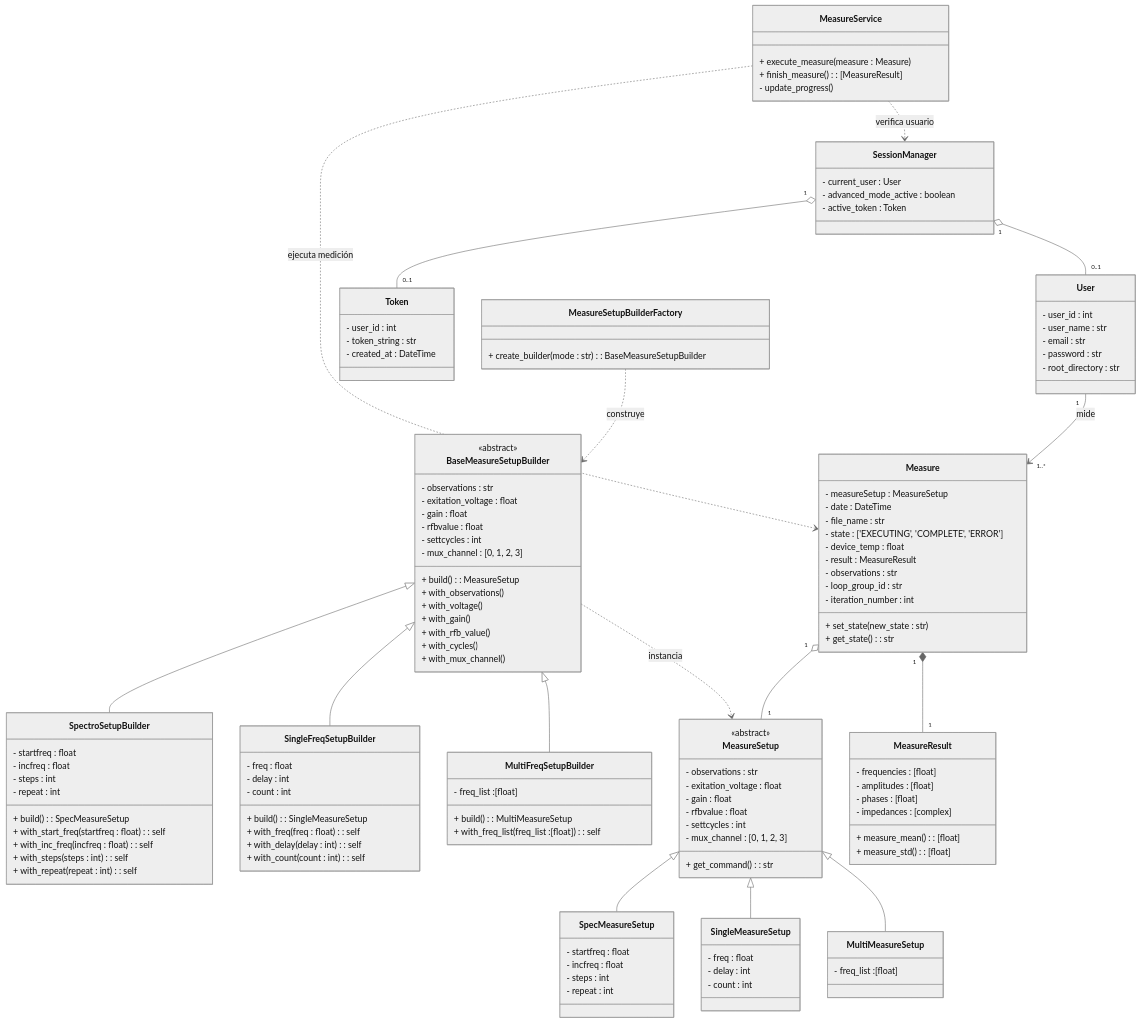
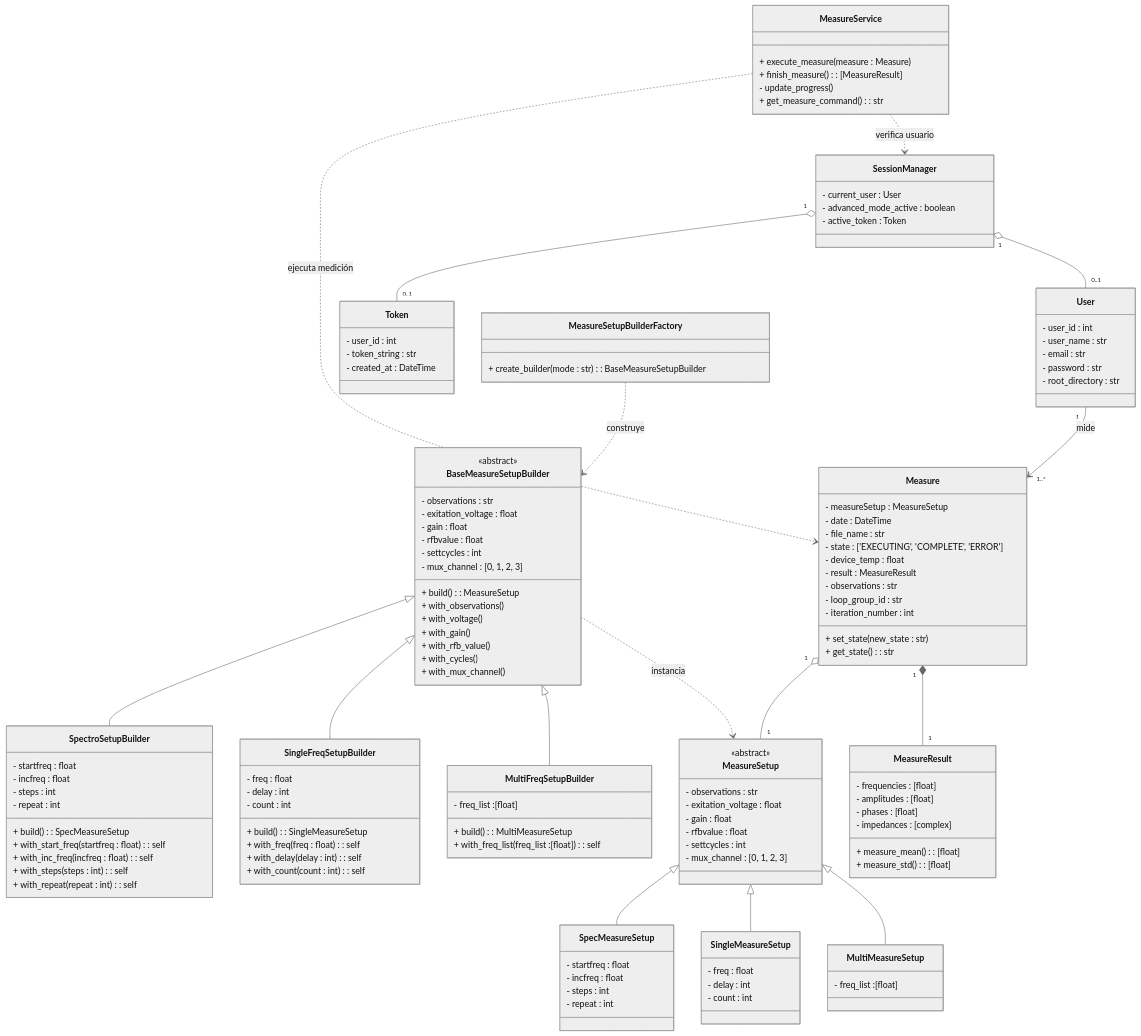
One commit to alegrelias/Repo-GMini changed the fourth of 6 diagrams in Gmini-MarkDown/Diagramas/Clases Conceptuales.md. Above: the diagram before and after it, drawn with Mermaid (neutral theme). The commit also changed other lines of this file, not shown here.

Commit message:
Se modifica diagrama de clases

```diff
--- a/Gmini-MarkDown/Diagramas/Clases Conceptuales.md
+++ b/Gmini-MarkDown/Diagramas/Clases Conceptuales.md
@@ -546,7 +547,6 @@
 	- rfbvalue : float
 	- settcycles : int
 	- mux_channel : [0, 1, 2, 3]
-	+ get_command() : str
 }
 class SpecMeasureSetup{
 	- startfreq : float
@@ -576,6 +576,7 @@
 	+ execute_measure(measure : Measure)
 	+ finish_measure() : [MeasureResult]
 	- update_progress()
+	+ get_measure_command() : str
 }
 
 %% builder patern
```
